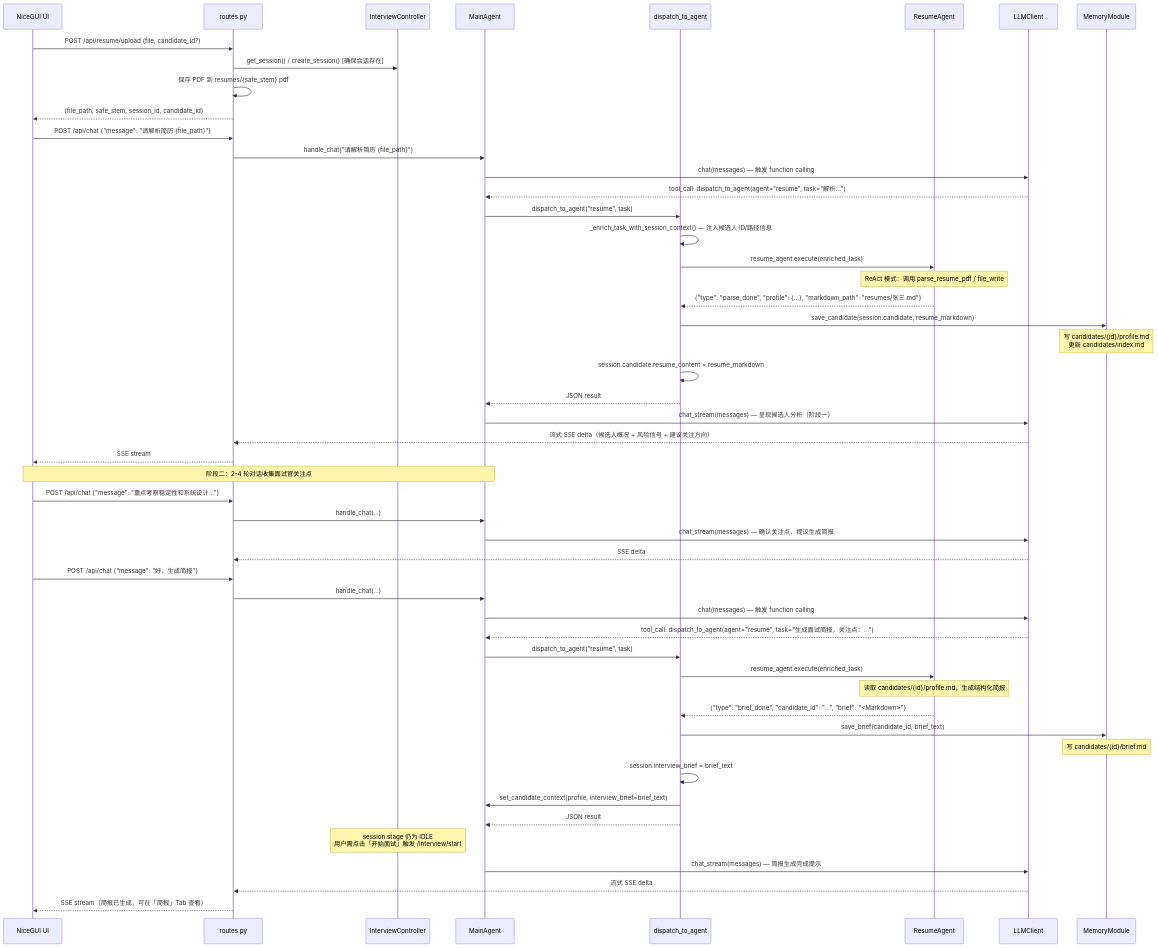
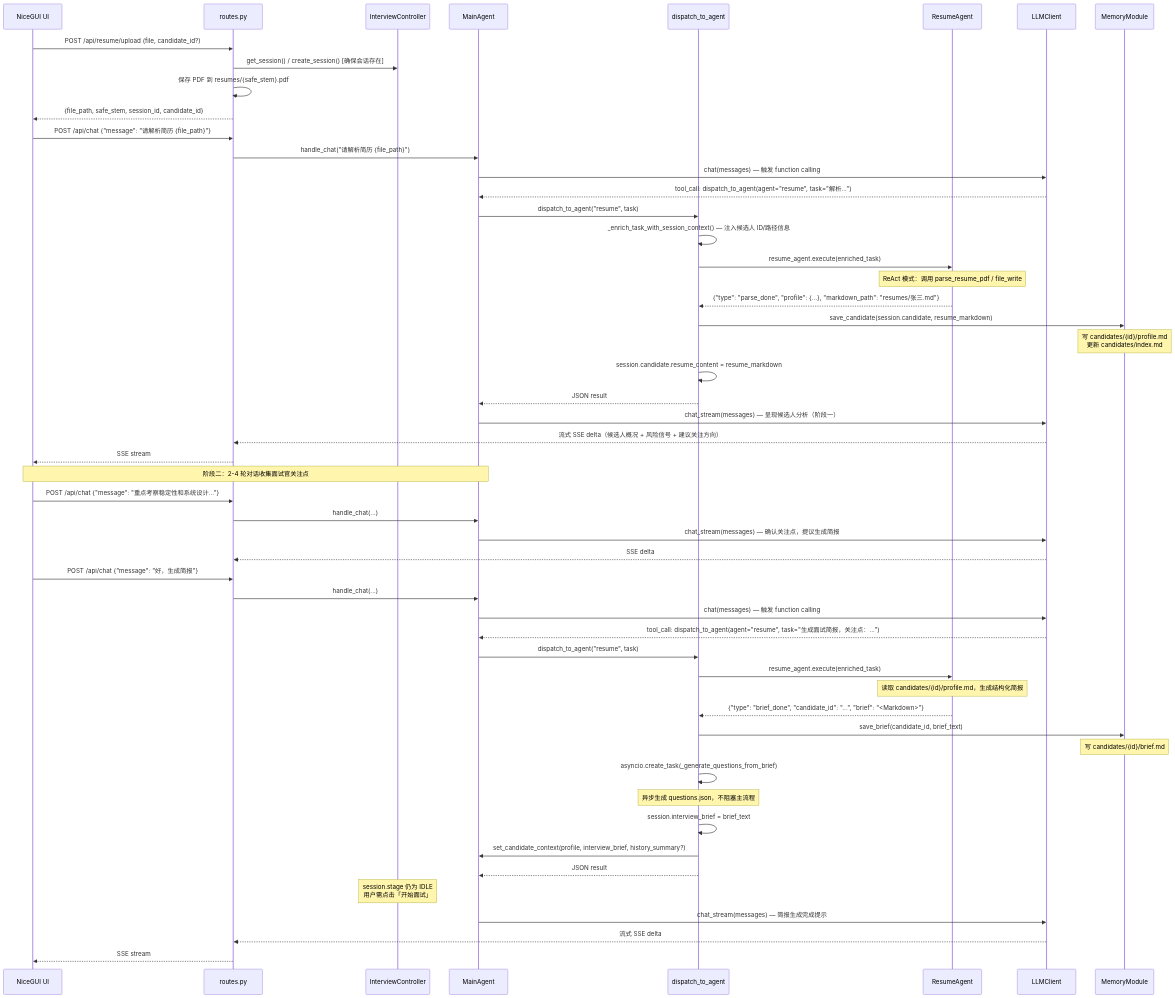
The first of 4 diagrams in docs/arc/flows.md (dygcjlu/interviewer-assistant), drawn with Mermaid before and after one commit. The commit also changed other lines of this file and 48 other files, not shown here.

First line of the commit message:
docs: sync arc docs with current architecture and prune obsolete notes

````diff
--- a/docs/arc/flows.md
+++ b/docs/arc/flows.md
@@ -11,59 +11,61 @@
 ```mermaid
 sequenceDiagram
     participant UI as NiceGUI UI
     participant REST as routes.py
     participant IC as InterviewController
     participant MA as MainAgent
     participant DA as dispatch_to_agent
     participant RA as ResumeAgent
     participant LLM as LLMClient
     participant MM as MemoryModule
 
     UI->>REST: POST /api/resume/upload (file, candidate_id?)
     REST->>IC: get_session() / create_session() [确保会话存在]
     REST->>REST: 保存 PDF 到 resumes/{safe_stem}.pdf
     REST-->>UI: {file_path, safe_stem, session_id, candidate_id}
 
     UI->>REST: POST /api/chat {"message": "请解析简历 {file_path}"}
     REST->>MA: handle_chat("请解析简历 {file_path}")
     MA->>LLM: chat(messages) — 触发 function calling
     LLM-->>MA: tool_call: dispatch_to_agent(agent="resume", task="解析...")
     MA->>DA: dispatch_to_agent("resume", task)
     DA->>DA: _enrich_task_with_session_context() — 注入候选人 ID/路径信息
     DA->>RA: resume_agent.execute(enriched_task)
     Note over RA: ReAct 模式：调用 parse_resume_pdf / file_write
     RA-->>DA: {"type": "parse_done", "profile": {...}, "markdown_path": "resumes/张三.md"}
     DA->>MM: save_candidate(session.candidate, resume_markdown)
     Note over MM: 写 candidates/{id}/profile.md<br/>更新 candidates/index.md
     DA->>DA: session.candidate.resume_content = resume_markdown
     DA-->>MA: JSON result
 
     MA->>LLM: chat_stream(messages) — 呈现候选人分析（阶段一）
     LLM-->>REST: 流式 SSE delta（候选人概况 + 风险信号 + 建议关注方向）
     REST-->>UI: SSE stream
 
     Note over MA,UI: 阶段二：2-4 轮对话收集面试官关注点
     UI->>REST: POST /api/chat {"message": "重点考察稳定性和系统设计..."}
     REST->>MA: handle_chat(...)
     MA->>LLM: chat_stream(messages) — 确认关注点，提议生成简报
     LLM-->>REST: SSE delta
 
     UI->>REST: POST /api/chat {"message": "好，生成简报"}
     REST->>MA: handle_chat(...)
     MA->>LLM: chat(messages) — 触发 function calling
     LLM-->>MA: tool_call: dispatch_to_agent(agent="resume", task="生成面试简报，关注点：...")
     MA->>DA: dispatch_to_agent("resume", task)
     DA->>RA: resume_agent.execute(enriched_task)
     Note over RA: 读取 candidates/{id}/profile.md，生成结构化简报
     RA-->>DA: {"type": "brief_done", "candidate_id": "...", "brief": "<Markdown>"}
     DA->>MM: save_brief(candidate_id, brief_text)
     Note over MM: 写 candidates/{id}/brief.md
+    DA->>DA: asyncio.create_task(_generate_questions_from_brief)
+    Note over DA: 异步生成 questions.json，不阻塞主流程
     DA->>DA: session.interview_brief = brief_text
-    DA->>MA: set_candidate_context(profile, interview_brief=brief_text)
+    DA->>MA: set_candidate_context(profile, interview_brief, history_summary?)
     DA-->>MA: JSON result
-    Note over IC: session.stage 仍为 IDLE<br/>用户需点击「开始面试」触发 /interview/start
+    Note over IC: session.stage 仍为 IDLE<br/>用户需点击「开始面试」
 
     MA->>LLM: chat_stream(messages) — 简报生成完成提示
     LLM-->>REST: 流式 SSE delta
-    REST-->>UI: SSE stream（简报已生成，可在「简报」Tab 查看）
+    REST-->>UI: SSE stream
 ```
````
